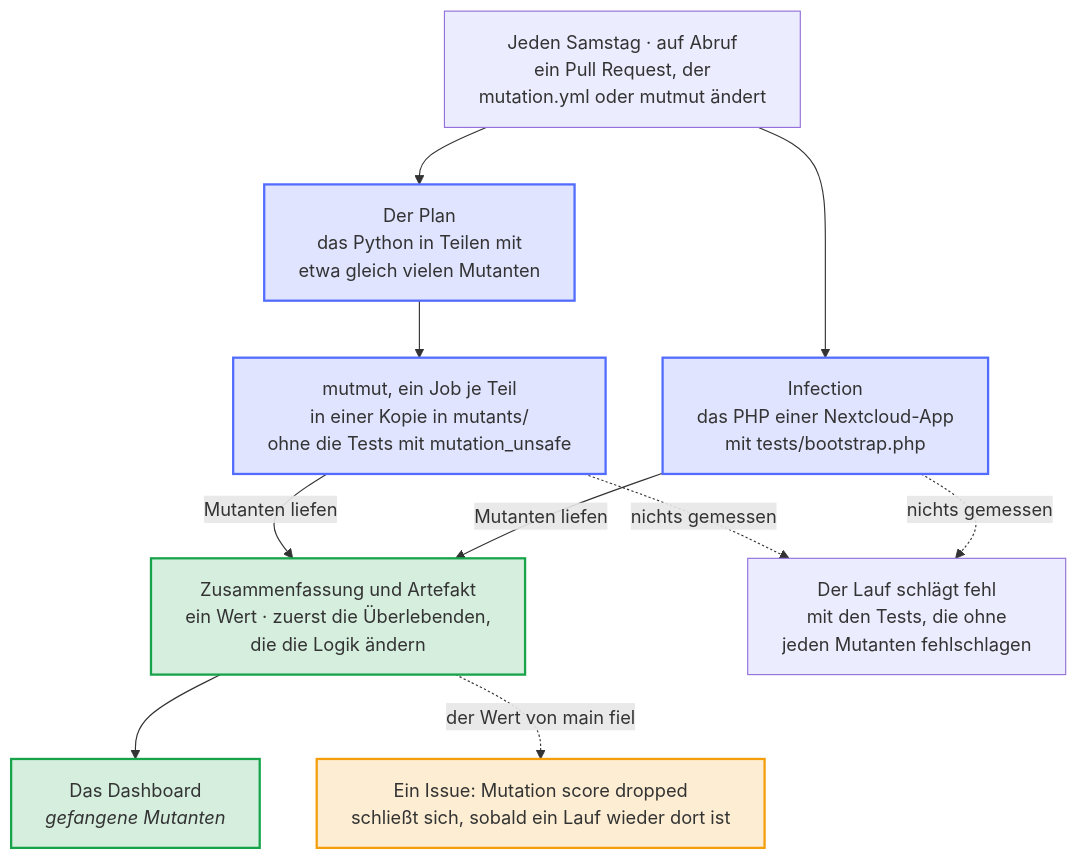
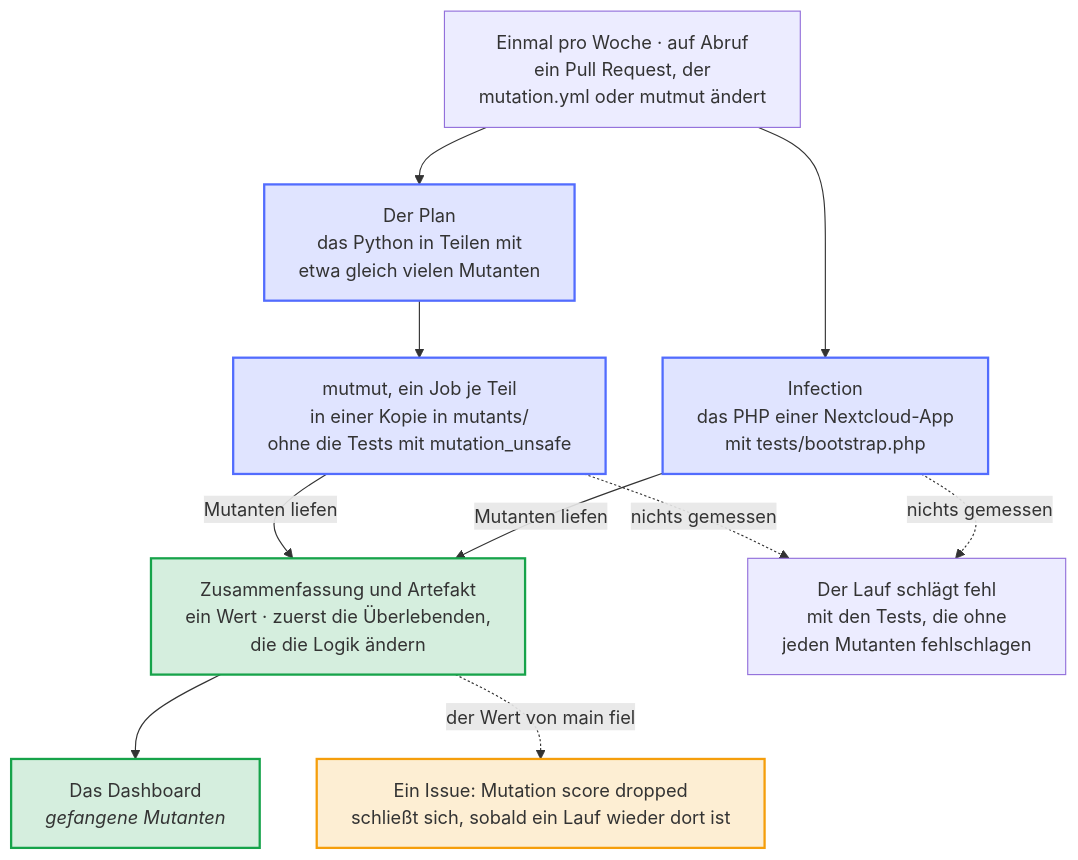
Before and after one commit to Dennis-Otto/repo-blueprint: the diagram in docs/diagrams/how-the-mutation-tests-run.de.mmd, drawn with Mermaid. The commit also changed 40 other files, not shown here.

```diff
--- a/docs/diagrams/how-the-mutation-tests-run.de.mmd
+++ b/docs/diagrams/how-the-mutation-tests-run.de.mmd
@@ -1,34 +1,34 @@
 ---
 config:
   flowchart:
     wrappingWidth: 400
 ---
 flowchart TB
     accTitle: Wie die Mutationstests laufen
-    accDescr: Jeden Samstag, auf Abruf und für einen Pull Request, der ändert, wie sie laufen, führt der Mutation-Workflow die Mutanten aus. Für Python teilt der Plan den Code in Teile mit etwa gleich vielen Mutanten, und mutmut führt jeden Teil in einem eigenen Job aus, in einer Kopie des Repositorys und ohne die Tests mit der Markierung mutation_unsafe; Infection ändert das PHP einer Nextcloud-App, mit dem Bootstrap ihrer Tests. Die Zusammenfassung zeigt einen Wert und zuerst die Überlebenden, die die Logik ändern, mit ihren Änderungen, das Artefakt bewahrt sie auf und das Dashboard zeigt den Wert. Fällt der Wert des Standard-Branches unter den des Laufs davor, öffnet sich ein Issue, das sich schließt, sobald ein Lauf wieder dort ist. Ein Lauf, der nichts gemessen hat, schlägt fehl und nennt die Tests, die ohne jeden Mutanten fehlschlugen.
+    accDescr: Einmal pro Woche, auf Abruf und für einen Pull Request, der ändert, wie sie laufen, führt der Mutation-Workflow die Mutanten aus. Für Python teilt der Plan den Code in Teile mit etwa gleich vielen Mutanten, und mutmut führt jeden Teil in einem eigenen Job aus, in einer Kopie des Repositorys und ohne die Tests mit der Markierung mutation_unsafe; Infection ändert das PHP einer Nextcloud-App, mit dem Bootstrap ihrer Tests. Die Zusammenfassung zeigt einen Wert und zuerst die Überlebenden, die die Logik ändern, mit ihren Änderungen, das Artefakt bewahrt sie auf und das Dashboard zeigt den Wert. Fällt der Wert des Standard-Branches unter den des Laufs davor, öffnet sich ein Issue, das sich schließt, sobald ein Lauf wieder dort ist. Ein Lauf, der nichts gemessen hat, schlägt fehl und nennt die Tests, die ohne jeden Mutanten fehlschlugen.
 
-    start["Jeden Samstag · auf Abruf<br>ein Pull Request, der<br>mutation.yml oder mutmut ändert"]
+    start["Einmal pro Woche · auf Abruf<br>ein Pull Request, der<br>mutation.yml oder mutmut ändert"]
     plan["Der Plan<br>das Python in Teilen mit<br>etwa gleich vielen Mutanten"]
     python["mutmut, ein Job je Teil<br>in einer Kopie in mutants/<br>ohne die Tests mit mutation_unsafe"]
     php["Infection<br>das PHP einer Nextcloud-App<br>mit tests/bootstrap.php"]
     score["Zusammenfassung und Artefakt<br>ein Wert · zuerst die Überlebenden,<br>die die Logik ändern"]
     dashboard["`Das Dashboard<br>*gefangene Mutanten*`"]
     issue["Ein Issue: Mutation score dropped<br>schließt sich, sobald ein Lauf wieder dort ist"]
     fail["Der Lauf schlägt fehl<br>mit den Tests, die ohne<br>jeden Mutanten fehlschlagen"]
 
     start --> plan
     plan --> python
     start --> php
     python -- "Mutanten liefen" --> score
     php -- "Mutanten liefen" --> score
     score --> dashboard
     score -. "der Wert von main fiel" .-> issue
     python -. "nichts gemessen" .-> fail
     php -. "nichts gemessen" .-> fail
 
     classDef bot fill:#526cfe2e,stroke:#526cfe,stroke-width:2px
     classDef done fill:#16a34a2e,stroke:#16a34a,stroke-width:2px
     classDef person fill:#f59e0b2e,stroke:#f59e0b,stroke-width:2px
     class plan,python,php bot
     class score,dashboard done
     class issue person
```
